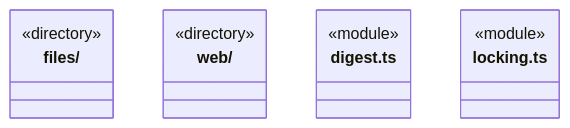
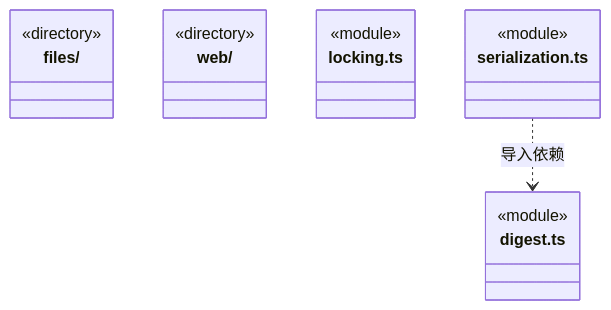
One commit to nan023062/cbim changed the first of 2 diagrams in src/core/platform/node/ARCHITECTURE.md. Above: the diagram before and after it, drawn with Mermaid. The commit also changed other lines of this file and 1165 other files, not shown here.

````diff
--- a/src/core/platform/node/ARCHITECTURE.md
+++ b/src/core/platform/node/ARCHITECTURE.md
@@ -18,15 +19,19 @@
 ```mermaid
 classDiagram
 class N_src_core_platform_node_files["files/"] {
   <<directory>>
 }
 class N_src_core_platform_node_web["web/"] {
   <<directory>>
 }
 class N_src_core_platform_node_digest_ts["digest.ts"] {
   <<module>>
 }
 class N_src_core_platform_node_locking_ts["locking.ts"] {
   <<module>>
 }
+class N_src_core_platform_node_serialization_ts["serialization.ts"] {
+  <<module>>
+}
+N_src_core_platform_node_serialization_ts ..> N_src_core_platform_node_digest_ts : 导入依赖
 ```
````
